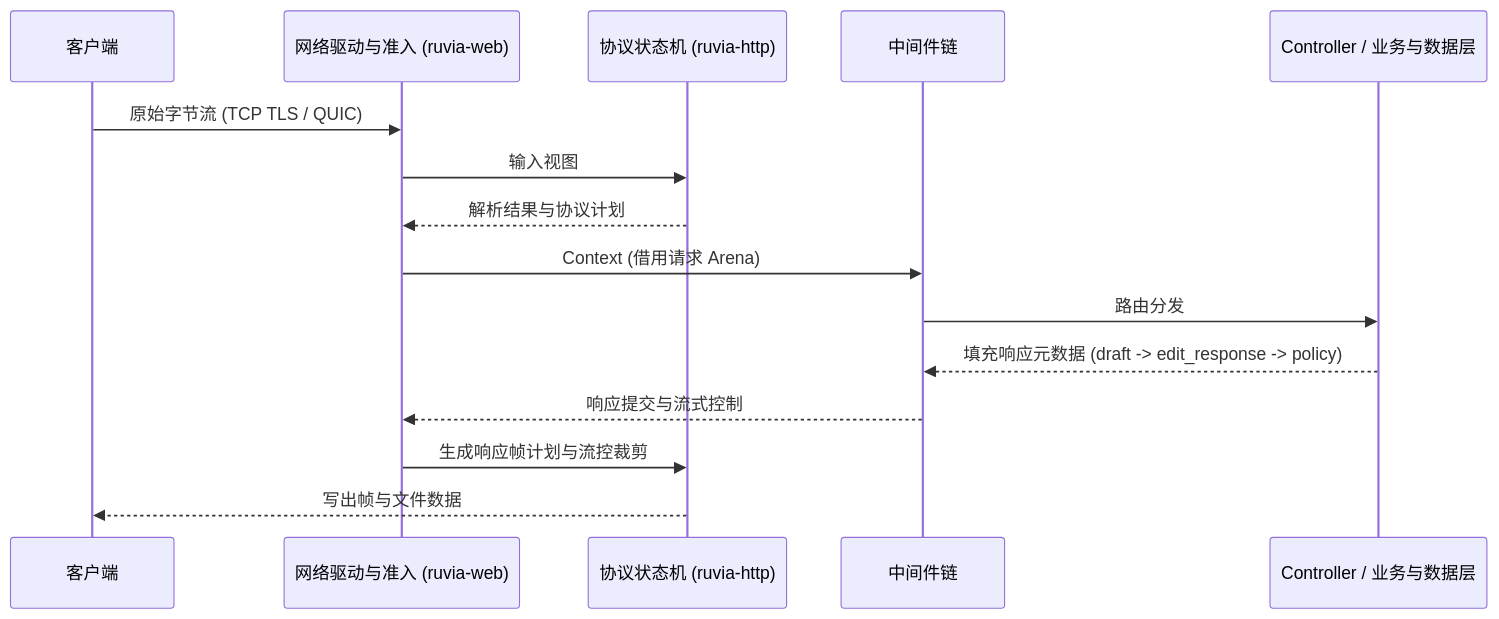
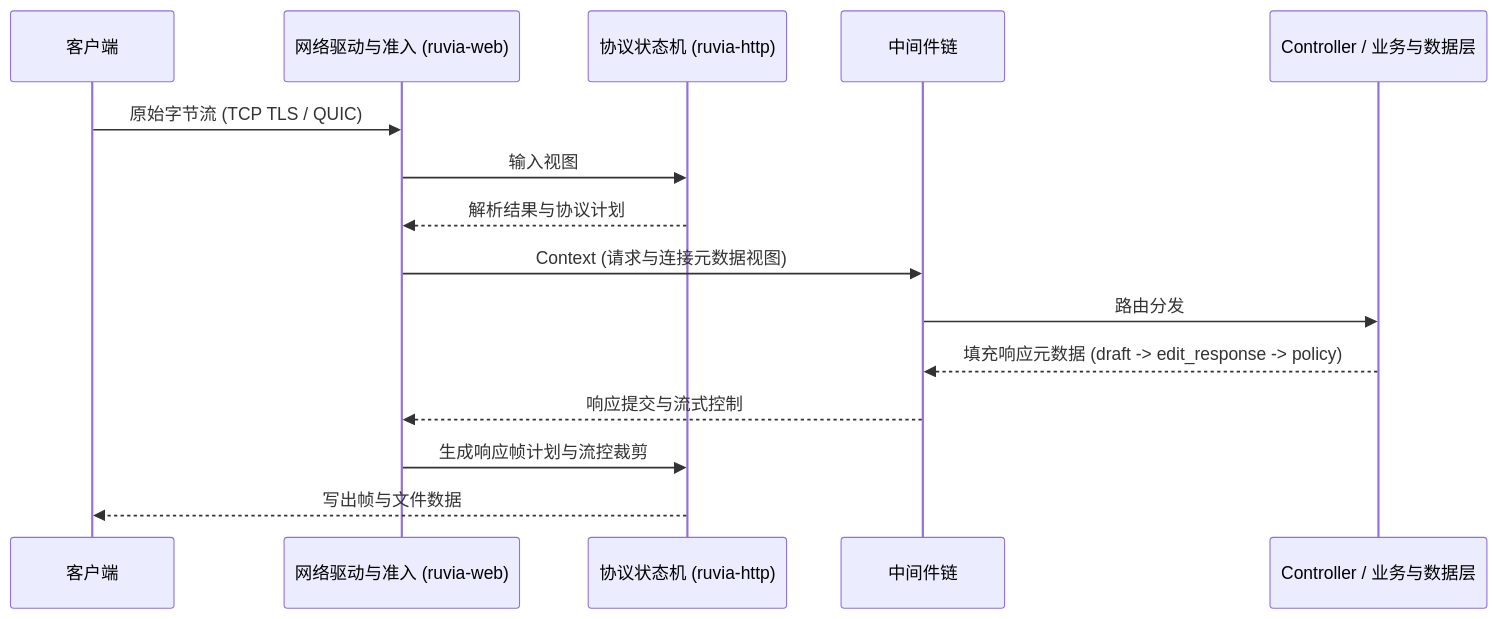
Before and after one commit to hyird/Ruvia: the fourth of 4 diagrams in AGENTS.md, drawn with Mermaid. The commit also changed other lines of this file and 831 other files, not shown here.

````diff
--- a/AGENTS.md
+++ b/AGENTS.md
@@ -133,18 +130,18 @@
 ```mermaid
 sequenceDiagram
     participant C as 客户端
     participant IO as 网络驱动与准入 (ruvia-web)
     participant P as 协议状态机 (ruvia-http)
     participant M as 中间件链
     participant H as Controller / 业务与数据层
 
     C->>IO: 原始字节流 (TCP TLS / QUIC)
     IO->>P: 输入视图
     P-->>IO: 解析结果与协议计划
-    IO->>M: Context (借用请求 Arena)
+    IO->>M: Context (请求与连接元数据视图)
     M->>H: 路由分发
     H-->>M: 填充响应元数据 (draft -> edit_response -> policy)
     M-->>IO: 响应提交与流式控制
     IO->>P: 生成响应帧计划与流控裁剪
     P-->>C: 写出帧与文件数据
 ```
````
